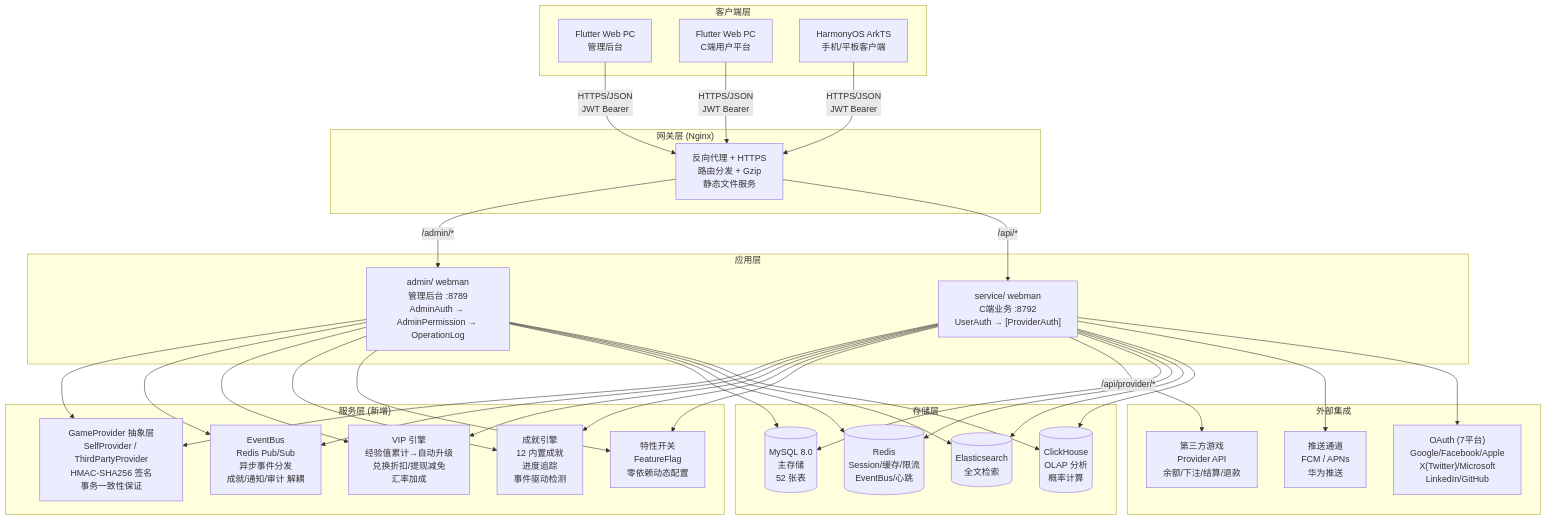
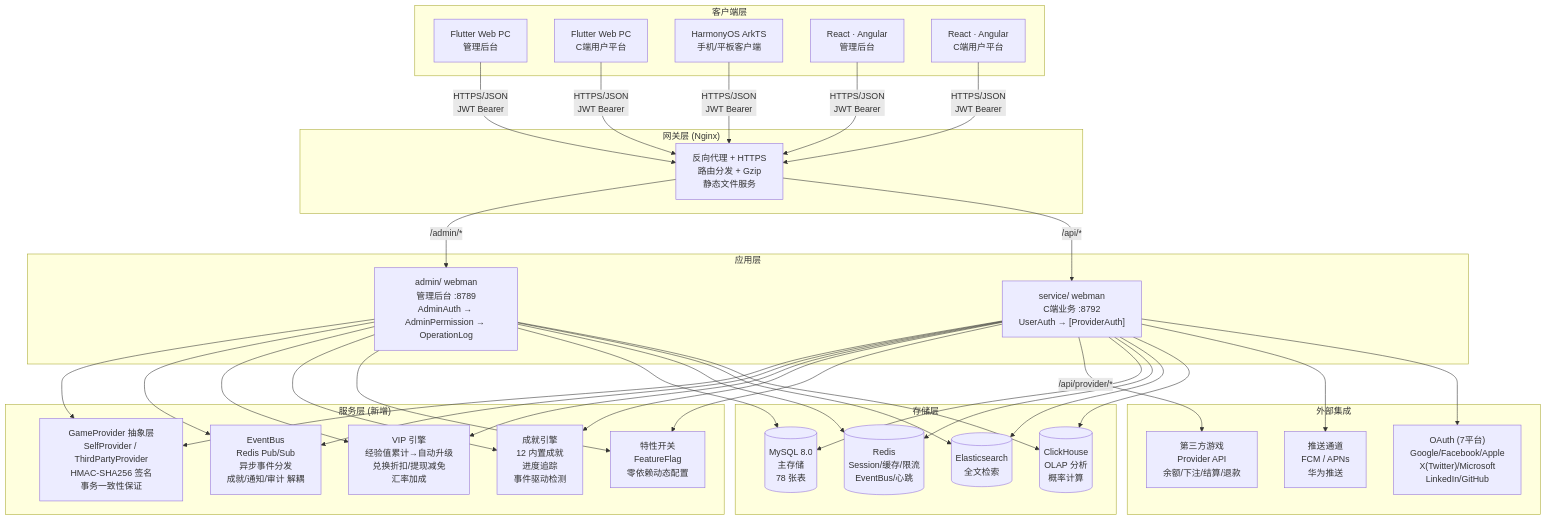
One commit to erikwang2013/game-platform-php changed the first of 2 diagrams in docs/ARCHITECTURE.bn.md. Above: the diagram before and after it, drawn with Mermaid. The commit also changed other lines of this file and 511 other files, not shown here.

````diff
--- a/docs/ARCHITECTURE.bn.md
+++ b/docs/ARCHITECTURE.bn.md
@@ -11,46 +11,48 @@
 ```mermaid
 flowchart TB
     subgraph "客户端层"
         A1["Flutter Web PC<br/>管理后台"]
         A2["Flutter Web PC<br/>C端用户平台"]
         A3["HarmonyOS ArkTS<br/>手机/平板客户端"]
+        A4["React · Angular<br/>管理后台"]
+        A5["React · Angular<br/>C端用户平台"]
     end
 
     subgraph "网关层 (Nginx)"
         B1["反向代理 + HTTPS<br/>路由分发 + Gzip<br/>静态文件服务"]
     end
 
     subgraph "应用层"
         C1["admin/ webman<br/>管理后台 :8789<br/>AdminAuth → AdminPermission → OperationLog"]
         C2["service/ webman<br/>C端业务 :8792<br/>UserAuth → [ProviderAuth]"]
     end
 
     subgraph "服务层 (新增)"
         D0["GameProvider 抽象层<br/>SelfProvider / ThirdPartyProvider<br/>HMAC-SHA256 签名<br/>事务一致性保证"]
         D1["EventBus<br/>Redis Pub/Sub<br/>异步事件分发<br/>成就/通知/审计 解耦"]
         D2["VIP 引擎<br/>经验值累计→自动升级<br/>兑换折扣/提现减免<br/>汇率加成"]
         D3["成就引擎<br/>12 内置成就<br/>进度追踪<br/>事件驱动检测"]
         D4["特性开关<br/>FeatureFlag<br/>零依赖动态配置"]
     end
 
     subgraph "存储层"
-        E1[("MySQL 8.0<br/>主存储<br/>52 张表")]
+        E1[("MySQL 8.0<br/>主存储<br/>78 张表")]
         E2[("Redis<br/>Session/缓存/限流<br/>EventBus/心跳")]
         E3[("Elasticsearch<br/>全文检索")]
         E4[("ClickHouse<br/>OLAP 分析<br/>概率计算")]
     end
 
     subgraph "外部集成"
         F1["第三方游戏<br/>Provider API<br/>余额/下注/结算/退款"]
         F2["推送通道<br/>FCM / APNs<br/>华为推送"]
         F3["OAuth (7平台)<br/>Google/Facebook/Apple<br/>X(Twitter)/Microsoft<br/>LinkedIn/GitHub"]
     end
 
-    A1 & A2 & A3 -->|"HTTPS/JSON<br/>JWT Bearer"| B1
+    A1 & A2 & A3 & A4 & A5 -->|"HTTPS/JSON<br/>JWT Bearer"| B1
     B1 -->|"/admin/*"| C1
     B1 -->|"/api/*"| C2
     C1 & C2 --> D0 & D1 & D2 & D3 & D4
     C2 -->|"/api/provider/*"| F1
     C1 & C2 --> E1 & E2 & E3 & E4
     C2 --> F2 & F3
 ```
````
